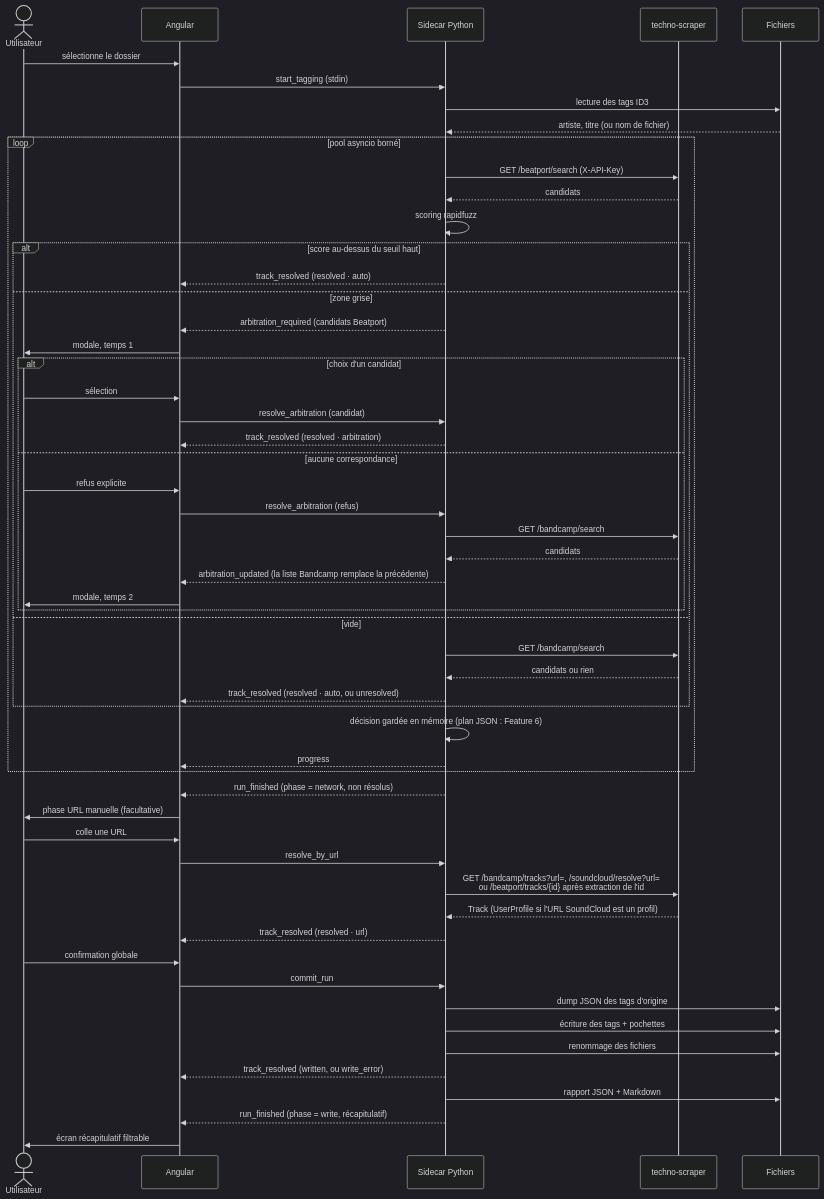
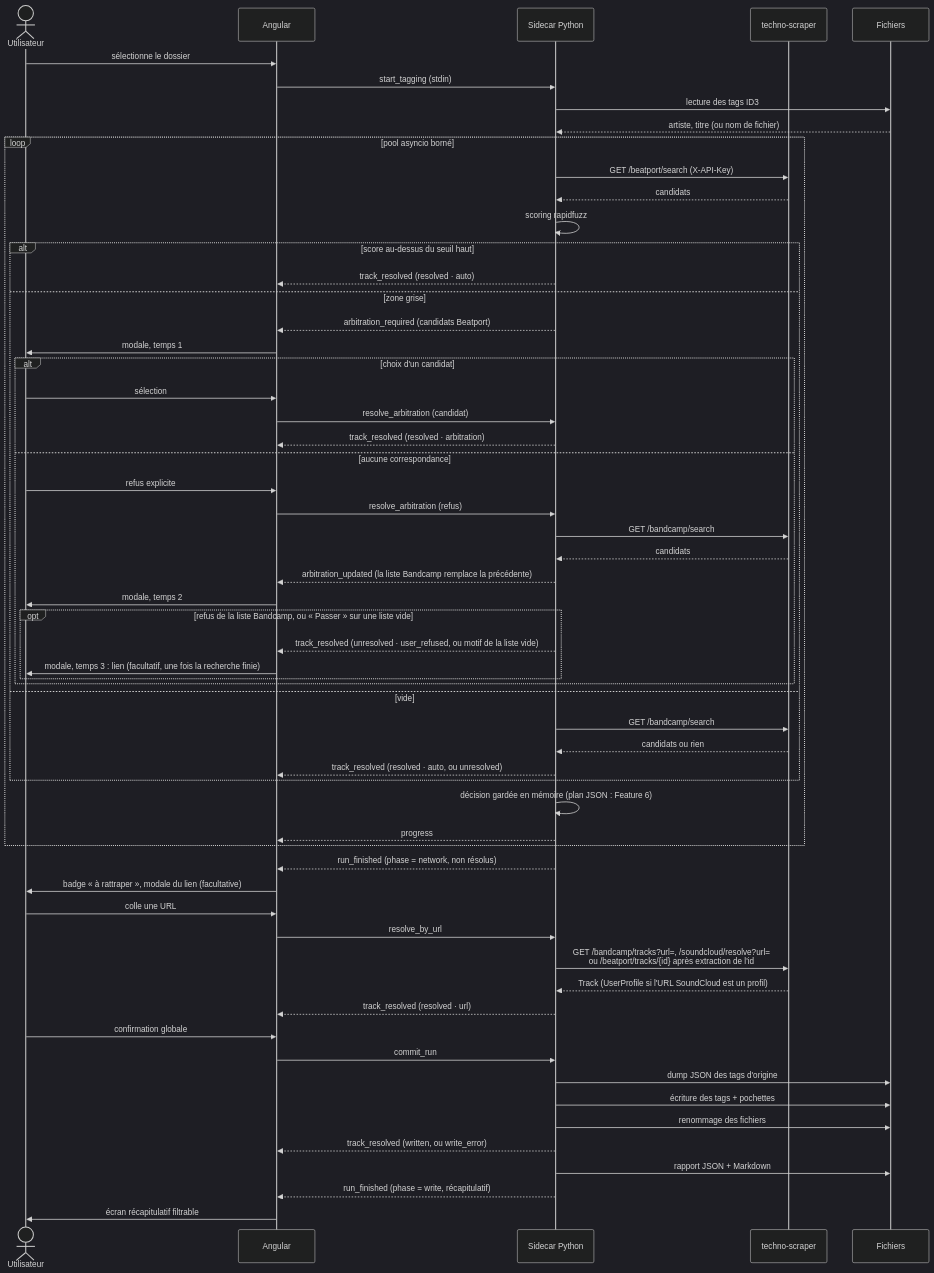
The fourth of 5 diagrams in docs/ARCHITECTURE.md (thibaud57/techno-tagger), drawn with Mermaid (dark theme) before and after one commit. The commit also changed other lines of this file and 75 other files, not shown here.

````diff
--- a/docs/ARCHITECTURE.md
+++ b/docs/ARCHITECTURE.md
@@ -611,61 +617,65 @@
 ```mermaid
 sequenceDiagram
     actor U as Utilisateur
     participant UI as Angular
     participant S as Sidecar Python
     participant API as techno-scraper
     participant FS as Fichiers
 
     U->>UI: sélectionne le dossier
     UI->>S: start_tagging (stdin)
     S->>FS: lecture des tags ID3
     FS-->>S: artiste, titre (ou nom de fichier)
 
     loop pool asyncio borné
         S->>API: GET /beatport/search (X-API-Key)
         API-->>S: candidats
         S->>S: scoring rapidfuzz
         alt score au-dessus du seuil haut
             S-->>UI: track_resolved (resolved · auto)
         else zone grise
             S-->>UI: arbitration_required (candidats Beatport)
             UI->>U: modale, temps 1
             alt choix d'un candidat
                 U->>UI: sélection
                 UI->>S: resolve_arbitration (candidat)
                 S-->>UI: track_resolved (resolved · arbitration)
             else aucune correspondance
                 U->>UI: refus explicite
                 UI->>S: resolve_arbitration (refus)
                 S->>API: GET /bandcamp/search
                 API-->>S: candidats
                 S-->>UI: arbitration_updated (la liste Bandcamp remplace la précédente)
                 UI->>U: modale, temps 2
+                opt refus de la liste Bandcamp, ou « Passer » sur une liste vide
+                    S-->>UI: track_resolved (unresolved · user_refused, ou motif de la liste vide)
+                    UI->>U: modale, temps 3 : lien (facultatif, une fois la recherche finie)
+                end
             end
         else vide
             S->>API: GET /bandcamp/search
             API-->>S: candidats ou rien
             S-->>UI: track_resolved (resolved · auto, ou unresolved)
         end
         S->>S: décision gardée en mémoire (plan JSON : Feature 6)
         S-->>UI: progress
     end
 
     S-->>UI: run_finished (phase = network, non résolus)
-    UI->>U: phase URL manuelle (facultative)
+    UI->>U: badge « à rattraper », modale du lien (facultative)
     U->>UI: colle une URL
     UI->>S: resolve_by_url
     S->>API: GET /bandcamp/tracks?url=, /soundcloud/resolve?url=<br/>ou /beatport/tracks/{id} après extraction de l'id
     API-->>S: Track (UserProfile si l'URL SoundCloud est un profil)
     S-->>UI: track_resolved (resolved · url)
 
     U->>UI: confirmation globale
     UI->>S: commit_run
     S->>FS: dump JSON des tags d'origine
     S->>FS: écriture des tags + pochettes
     S->>FS: renommage des fichiers
     S-->>UI: track_resolved (written, ou write_error)
     S->>FS: rapport JSON + Markdown
     S-->>UI: run_finished (phase = write, récapitulatif)
     UI->>U: écran récapitulatif filtrable
 ```
````
